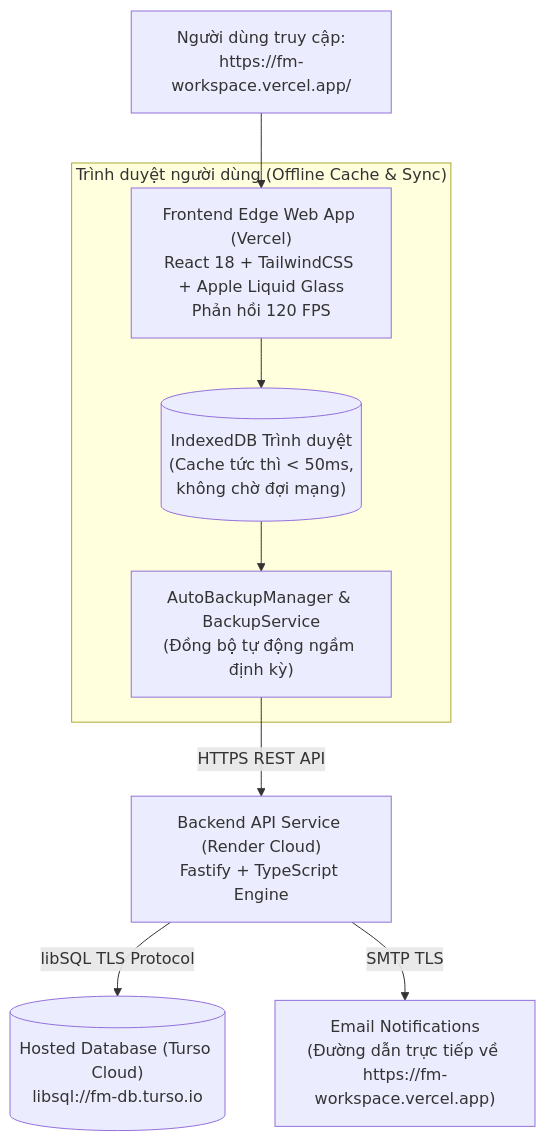
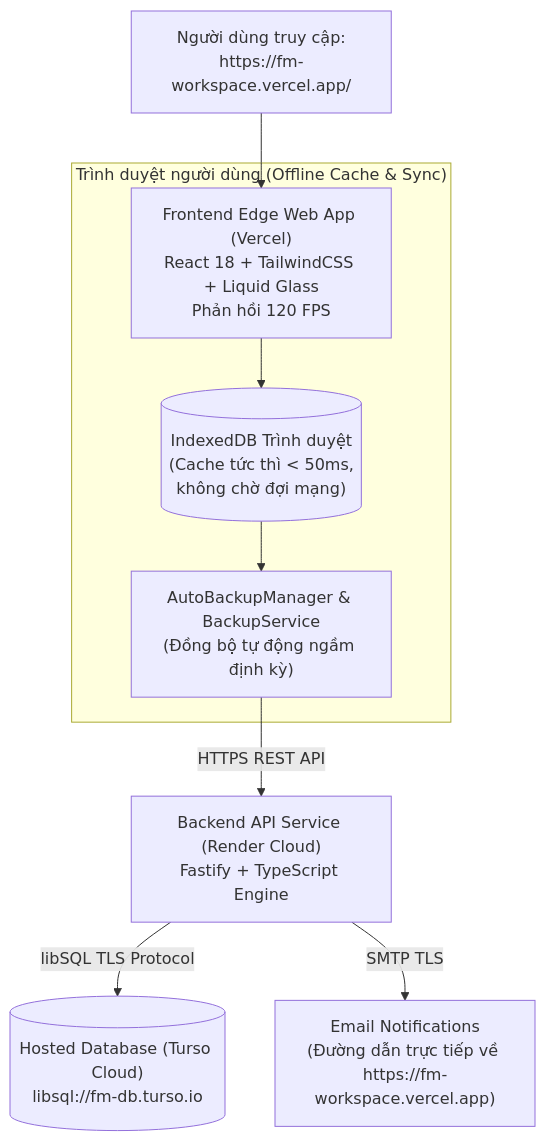
One commit to gochee-nhdk/fm-workspace changed the diagram in README.md. Above: the diagram before and after it, drawn with Mermaid. The commit also changed other lines of this file and 8 other files, not shown here.

````diff
--- a/README.md
+++ b/README.md
@@ -34,13 +34,13 @@
 ```mermaid
 flowchart TD
-    User["Người dùng truy cập:\nhttps://fm-workspace.vercel.app/"] --> Vercel["Frontend Edge Web App (Vercel)\nReact 18 + TailwindCSS + Apple Liquid Glass\nPhản hồi 120 FPS"]
+    User["Người dùng truy cập:\nhttps://fm-workspace.vercel.app/"] --> Vercel["Frontend Edge Web App (Vercel)\nReact 18 + TailwindCSS + Liquid Glass\nPhản hồi 120 FPS"]
     
     subgraph Browser ["Trình duyệt người dùng (Offline Cache & Sync)"]
         Vercel --> LocalIDB[("IndexedDB Trình duyệt\n(Cache tức thì < 50ms,\nkhông chờ đợi mạng)")]
         LocalIDB --> SyncMgr["AutoBackupManager & BackupService\n(Đồng bộ tự động ngầm định kỳ)"]
     end
     
     SyncMgr -->|HTTPS REST API| Render["Backend API Service (Render Cloud)\nFastify + TypeScript Engine"]
     Render -->|libSQL TLS Protocol| Turso[("Hosted Database (Turso Cloud)\nlibsql://fm-db.turso.io")]
     Render -->|SMTP TLS| MailService["Email Notifications\n(Đường dẫn trực tiếp về https://fm-workspace.vercel.app)"]
 ```
````
